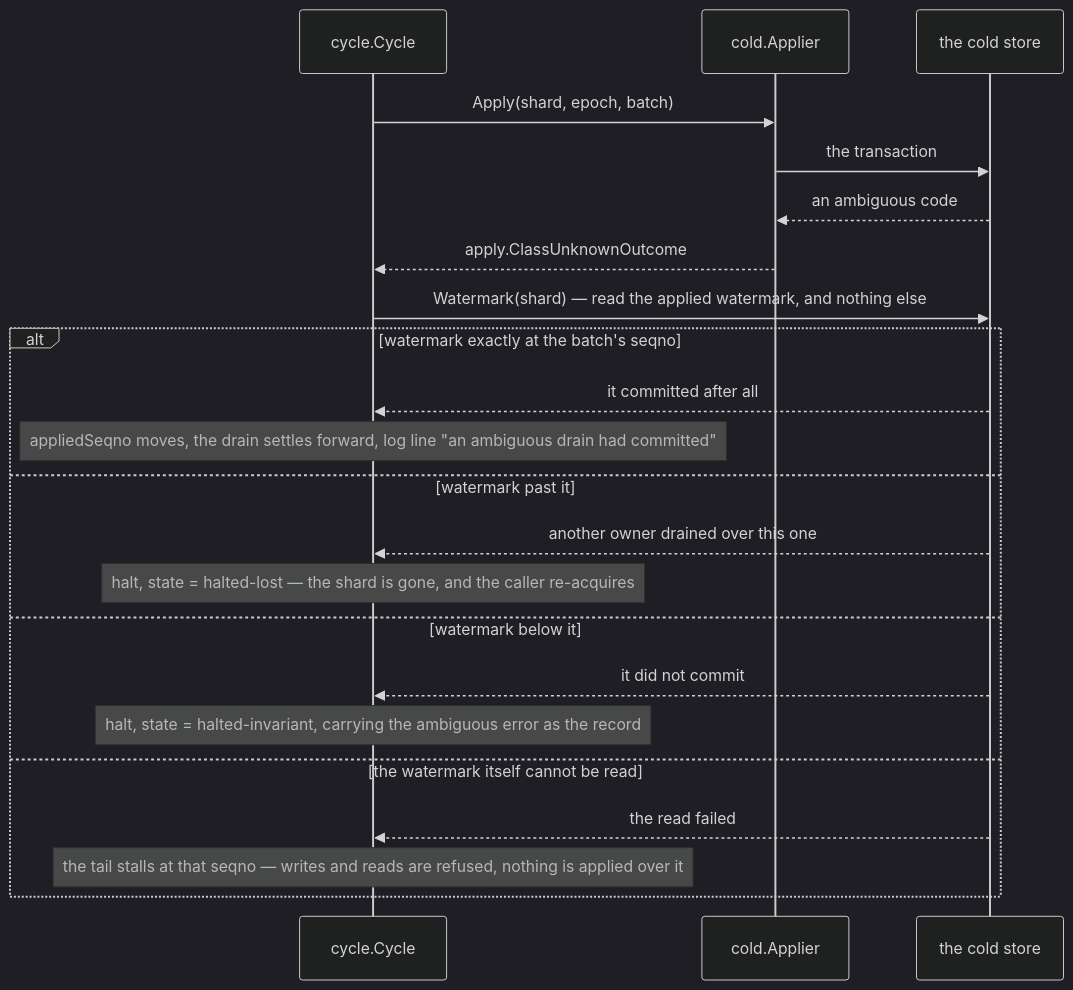
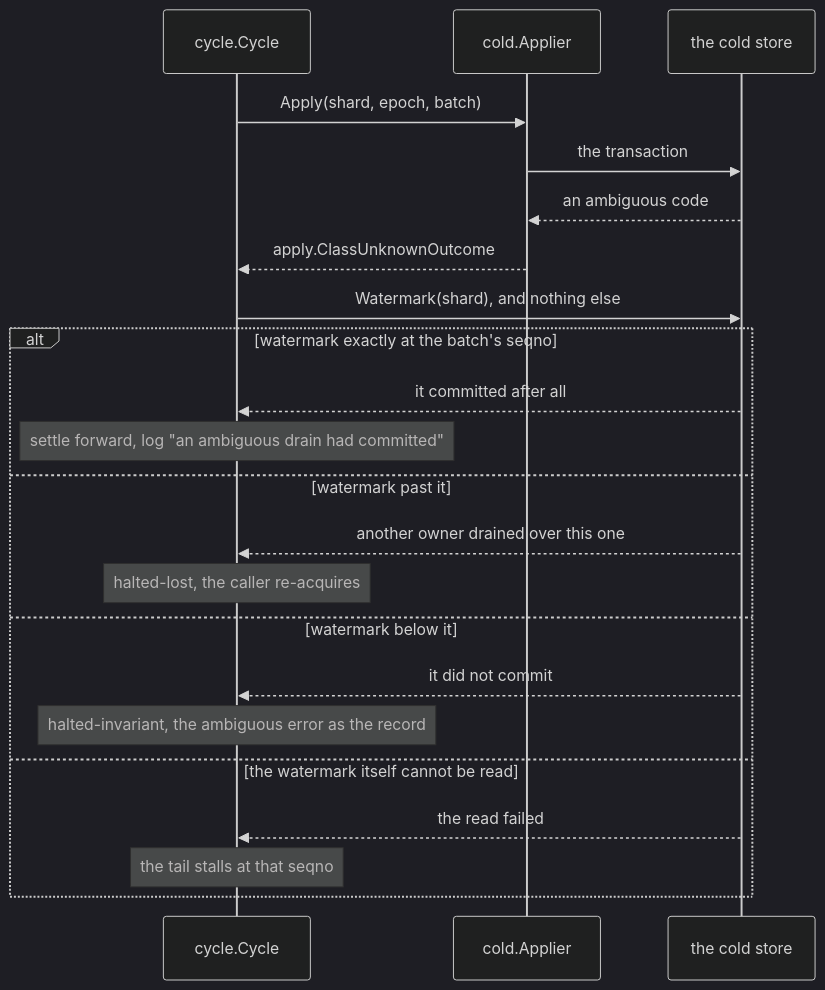
The eighth of 9 diagrams in docs/handbook/05-write-path.md (aromanovich/waltz), drawn with Mermaid (dark theme) before and after one commit. The commit also changed other lines of this file and 187 other files, not shown here.

````diff
--- a/docs/handbook/05-write-path.md
+++ b/docs/handbook/05-write-path.md
@@ -542,25 +455,25 @@
 ```mermaid
 sequenceDiagram
   participant CY as cycle.Cycle
   participant AP as cold.Applier
   participant CS as the cold store
 
   CY->>AP: Apply(shard, epoch, batch)
   AP->>CS: the transaction
   CS-->>AP: an ambiguous code
   AP-->>CY: apply.ClassUnknownOutcome
-  CY->>CS: Watermark(shard) — read the applied watermark, and nothing else
+  CY->>CS: Watermark(shard), and nothing else
   alt watermark exactly at the batch's seqno
     CS-->>CY: it committed after all
-    Note over CY: appliedSeqno moves, the drain settles forward, log line "an ambiguous drain had committed"
+    Note over CY: settle forward, log "an ambiguous drain had committed"
   else watermark past it
     CS-->>CY: another owner drained over this one
-    Note over CY: halt, state = halted-lost — the shard is gone, and the caller re-acquires
+    Note over CY: halted-lost, the caller re-acquires
   else watermark below it
     CS-->>CY: it did not commit
-    Note over CY: halt, state = halted-invariant, carrying the ambiguous error as the record
+    Note over CY: halted-invariant, the ambiguous error as the record
   else the watermark itself cannot be read
     CS-->>CY: the read failed
-    Note over CY: the tail stalls at that seqno — writes and reads are refused, nothing is applied over it
+    Note over CY: the tail stalls at that seqno
   end
 ```
````
